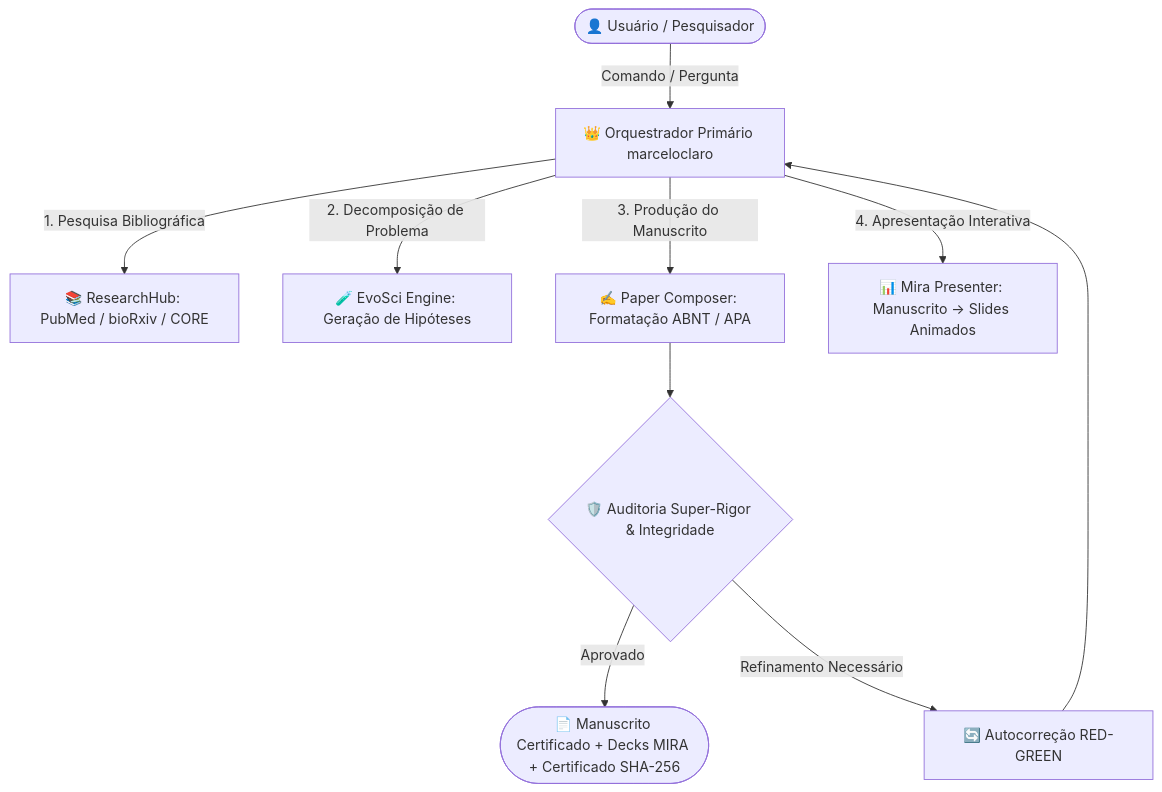
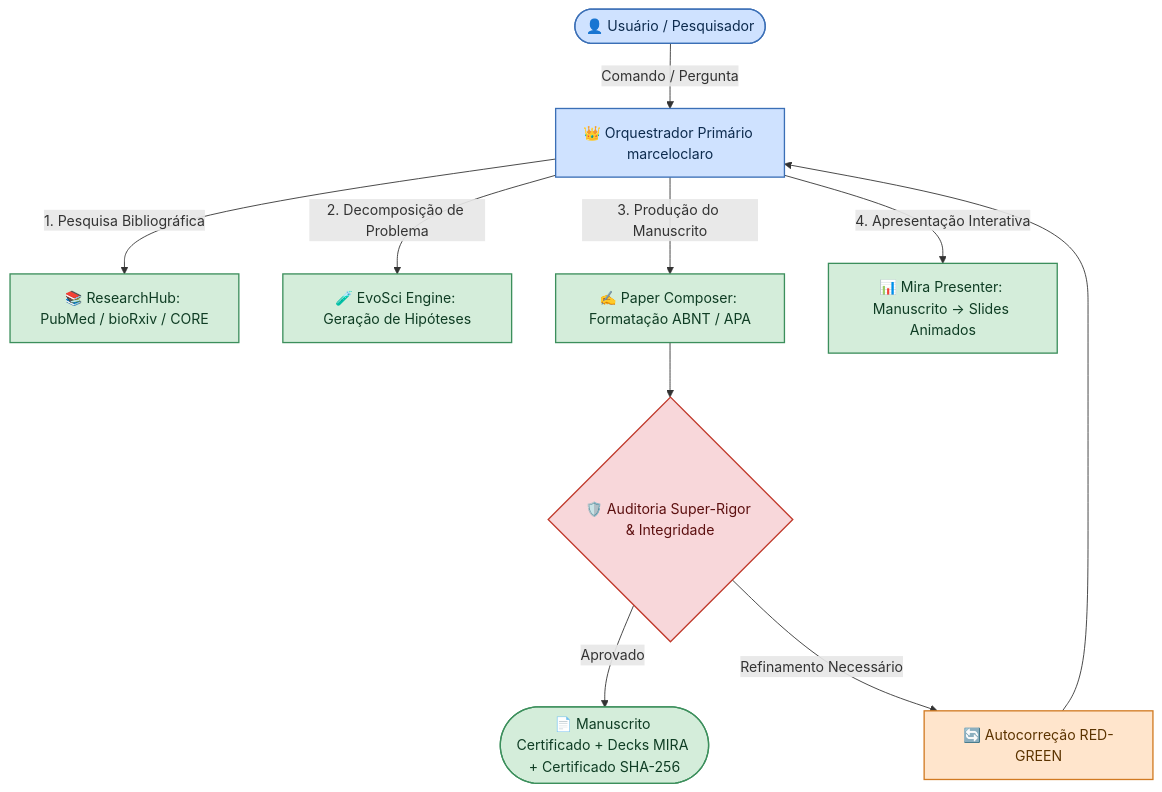
One commit to MarceloClaro/opencode-ecosystem-core changed the first of 4 diagrams in README.md. Above: the diagram before and after it, drawn with Mermaid. The commit also changed other lines of this file, not shown here.

First line of the commit message:
docs(readme): implementa paleta de cores real nos diagramas Mermaid + corrige números obsoletos

````diff
--- a/README.md
+++ b/README.md
@@ -312,14 +312,27 @@
 ```mermaid
 flowchart TD
     User([👤 Usuário / Pesquisador]) -->|Comando / Pergunta| Orquestrador[👑 Orquestrador Primário marceloclaro]
 
     Orquestrador -->|1. Pesquisa Bibliográfica| Research[📚 ResearchHub: PubMed / bioRxiv / CORE]
     Orquestrador -->|2. Decomposição de Problema| EvoSci[🧪 EvoSci Engine: Geração de Hipóteses]
     Orquestrador -->|3. Produção do Manuscrito| Composer[✍️ Paper Composer: Formatação ABNT / APA]
     Orquestrador -->|4. Apresentação Interativa| Mira[📊 Mira Presenter: Manuscrito → Slides Animados]
 
     Composer --> Auditoria{🛡️ Auditoria Super-Rigor & Integridade}
     Auditoria -->|Aprovado| Output([📄 Manuscrito Certificado + Decks MIRA + Certificado SHA-256])
     Auditoria -->|Refinamento Necessário| LoopRefine[🔄 Autocorreção RED-GREEN]
     LoopRefine --> Orquestrador
+
+    classDef blueNode fill:#cfe2ff,stroke:#3b6fb6,stroke-width:1.5px,color:#0d2b4e
+    classDef greenNode fill:#d4edda,stroke:#3c8f5c,stroke-width:1.5px,color:#0f3d24
+    classDef orangeNode fill:#ffe5cc,stroke:#d17a22,stroke-width:1.5px,color:#5c3400
+    classDef redNode fill:#f8d7da,stroke:#c0392b,stroke-width:1.5px,color:#5c1010
+    classDef purpleNode fill:#e6d9f5,stroke:#7d3c98,stroke-width:1.5px,color:#3a1a54
+    classDef grayNode fill:#e2e3e5,stroke:#6c757d,stroke-width:1.5px,color:#2b2e33
+    classDef tealNode fill:#d1f2eb,stroke:#0e8074,stroke-width:1.5px,color:#053b35
+    class User,Orquestrador blueNode
+    class Research,EvoSci,Composer,Mira greenNode
+    class Auditoria redNode
+    class Output greenNode
+    class LoopRefine orangeNode
 ```
````
